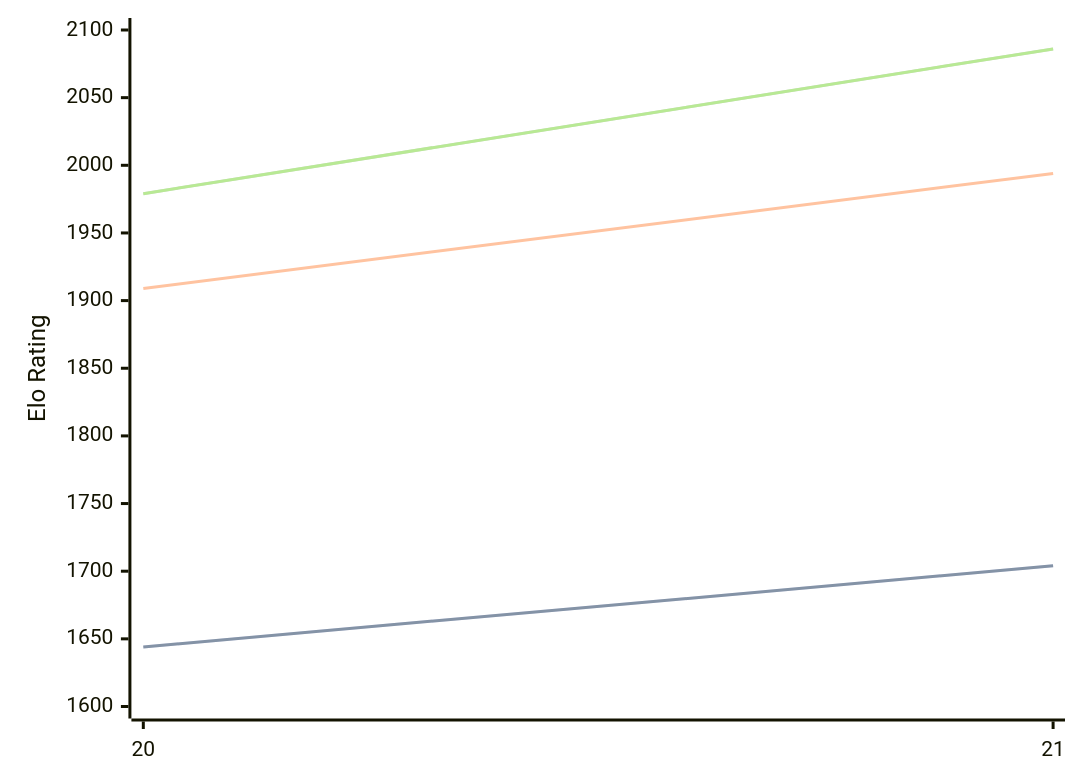
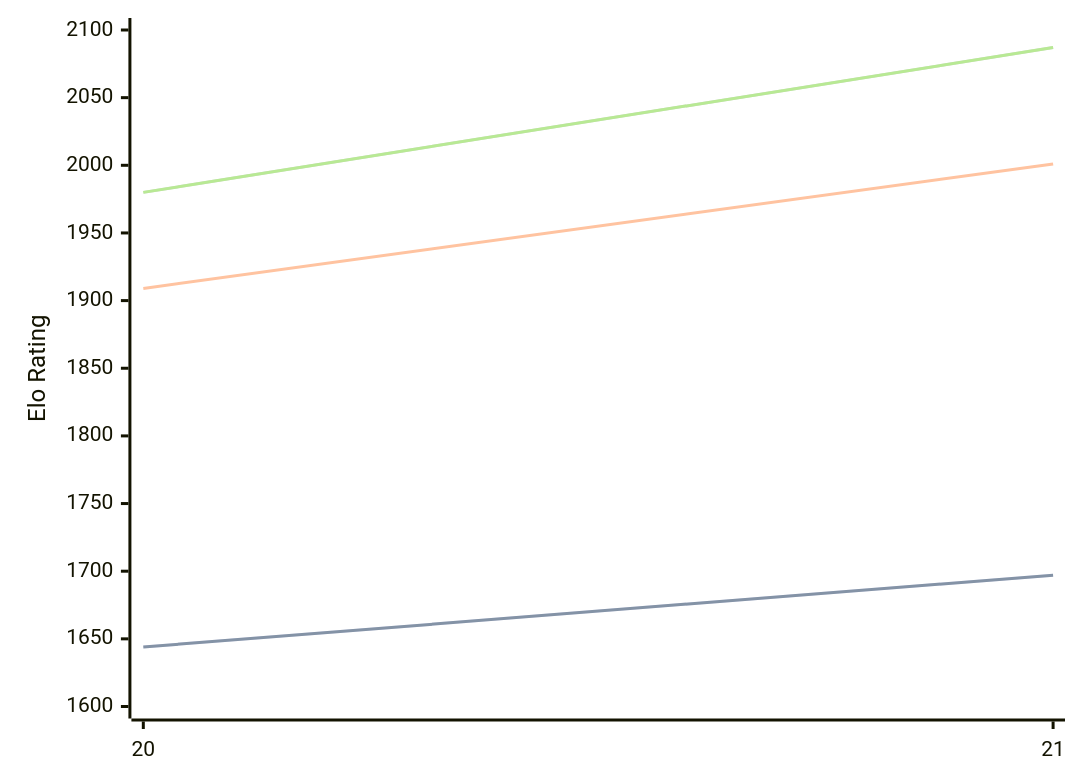
Before and after one commit to computer-chess-index/cci: the diagram in engines/PurplePanda.md, drawn with Mermaid. The commit also changed other lines of this file, not shown here.

Commit message:
Update CCI Ratings (ELO VLTC) - 2026-08-25

````diff
--- a/engines/PurplePanda.md
+++ b/engines/PurplePanda.md
@@ -32,11 +32,11 @@
 ```mermaid
 %%{init: {"theme":"base","themeVariables":{"seriesColors:['#a3a3a3','#222221','#faa371']}}}%%
 xychart-beta
   x-axis ["20", "21"]
   y-axis "Elo Rating" 1600 --> 2100
-  line "STC (8.0+0.08s)" [1644, 1704]
-  line "STC (8.0+0.08s)" [1644, 1704]
-  line "LTC (60.0+0.60s)" [1909, 1994]
-  line "VLTC (2m24s+1.12s)" [1979, 2086]
-  line "VLTC (2m24s+1.12s)" [1979, 2086]
+  line "STC (8.0+0.08s)" [1644, 1697]
+  line "STC (8.0+0.08s)" [1644, 1697]
+  line "LTC (60.0+0.60s)" [1909, 2001]
+  line "VLTC (2m24s+1.12s)" [1980, 2087]
+  line "VLTC (2m24s+1.12s)" [1980, 2087]
 ```
````
